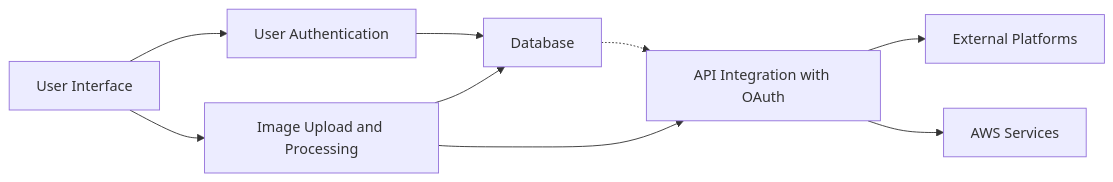
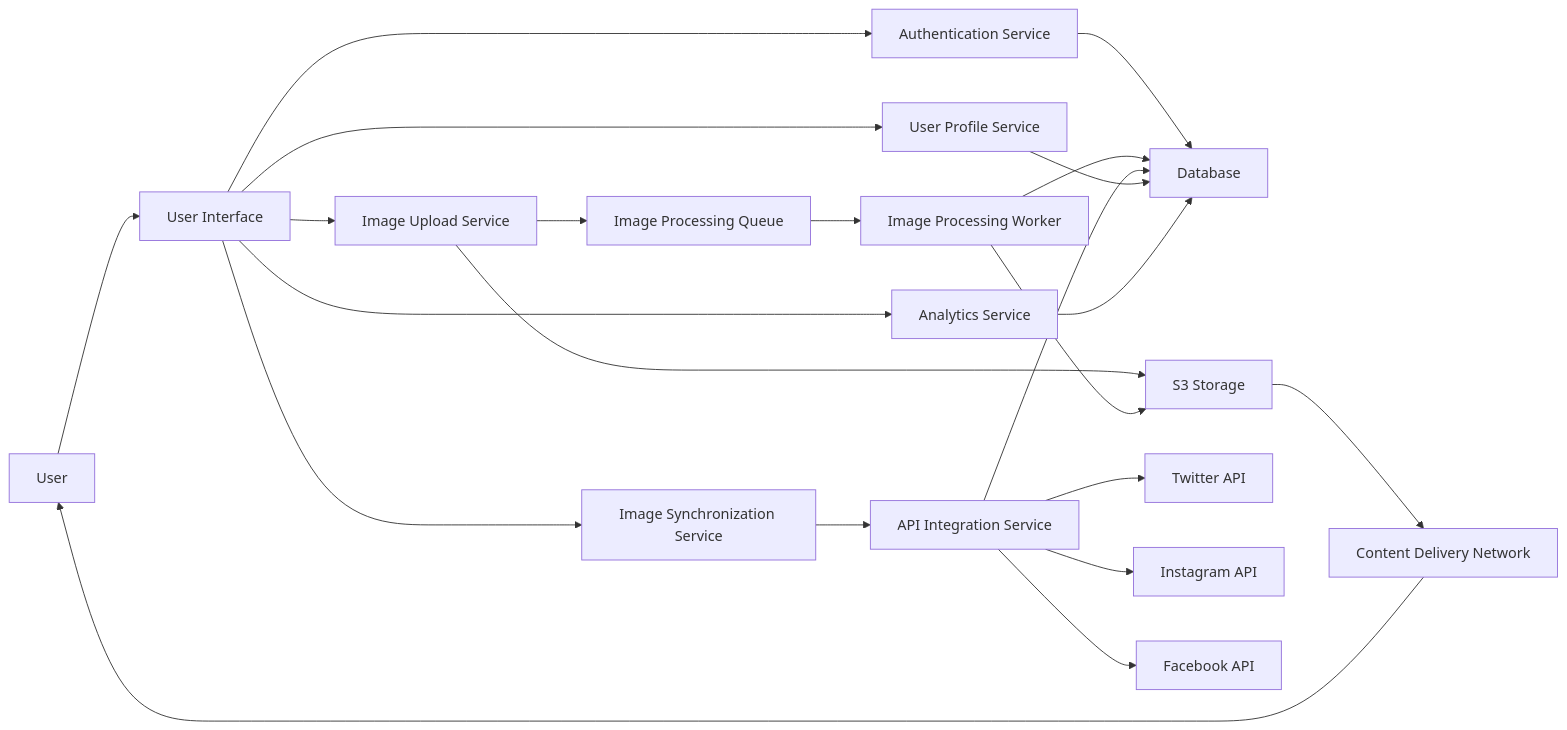
One commit to loftwah/brandsync changed the first of 3 diagrams in design.md. Above: the diagram before and after it, drawn with Mermaid. The commit also changed other lines of this file, not shown here.

````diff
--- a/design.md
+++ b/design.md
@@ -32,11 +109,24 @@
 ```mermaid
 graph LR
-    UI[User Interface] --> Auth[User Authentication]
-    UI --> IP[Image Upload and Processing]
+    User[User] --> UI[User Interface]
+    UI --> Auth[Authentication Service]
+    UI --> Upload[Image Upload Service]
+    UI --> Sync[Image Synchronization Service]
+    UI --> Profile[User Profile Service]
+    UI --> Analytics[Analytics Service]
     Auth --> DB[Database]
-    IP --> DB
-    IP --> APIG[API Integration with OAuth]
-    APIG --> EP[External Platforms]
-    DB -.-> APIG
-    APIG --> AWS[AWS Services]
+    Upload --> S3[S3 Storage]
+    Upload --> Queue[Image Processing Queue]
+    Queue --> Worker[Image Processing Worker]
+    Worker --> S3
+    Worker --> DB
+    Sync --> API[API Integration Service]
+    API --> Twitter[Twitter API]
+    API --> Instagram[Instagram API]
+    API --> Facebook[Facebook API]
+    API --> DB
+    Profile --> DB
+    Analytics --> DB
+    S3 --> CDN[Content Delivery Network]
+    CDN --> User
 ```
````
